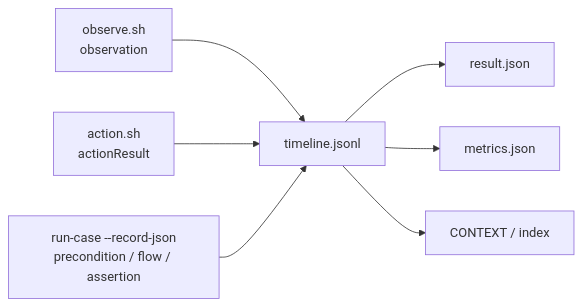
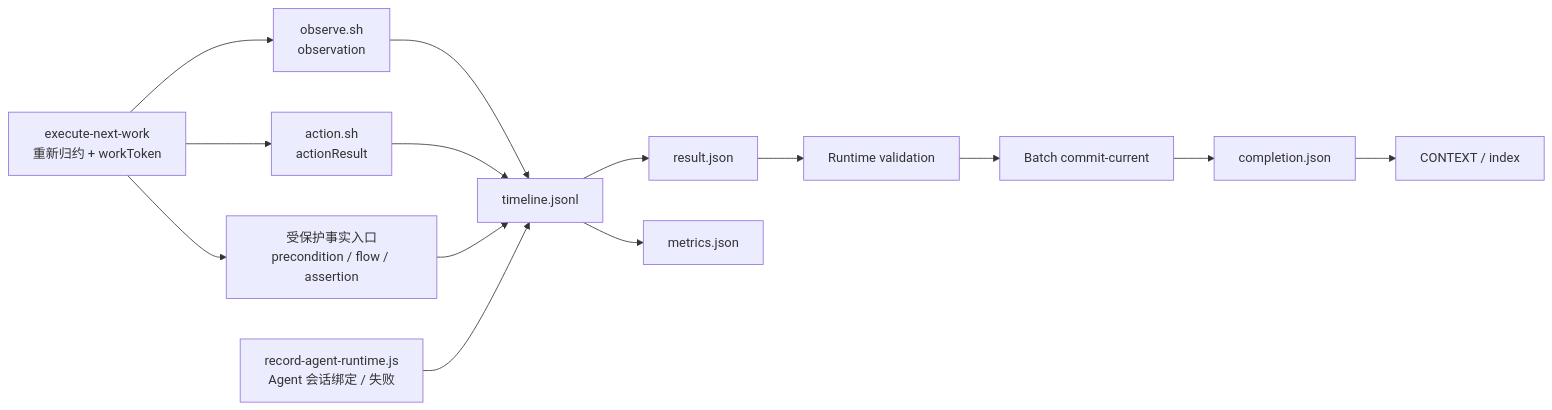
The fifth of 5 diagrams in skills/mobile-ai-visual-test/docs/architecture.md (lianghuihui-plus/DevKit), drawn with Mermaid before and after one commit. The commit also changed other lines of this file and 34 other files, not shown here.

Commit message:
完善移动视觉测试 Agent Runtime 可信执行闭环

````diff
--- a/skills/mobile-ai-visual-test/docs/architecture.md
+++ b/skills/mobile-ai-visual-test/docs/architecture.md
@@ -99,9 +102,16 @@
 ```mermaid
 flowchart LR
-  OBS["observe.sh<br/>observation"] --> TL["timeline.jsonl"]
-  ACT["action.sh<br/>actionResult"] --> TL
-  AG["run-case --record-json<br/>precondition / flow / assertion"] --> TL
+  CE["execute-next-work<br/>重新归约 + workToken"] --> OBS["observe.sh<br/>observation"]
+  CE --> ACT["action.sh<br/>actionResult"]
+  CE --> AG["受保护事实入口<br/>precondition / flow / assertion"]
+  OBS --> TL["timeline.jsonl"]
+  ACT --> TL
+  AG --> TL
+  RT["record-agent-runtime.js<br/>Agent 会话绑定 / 失败"] --> TL
   TL --> RES["result.json"]
   TL --> MET["metrics.json"]
-  TL --> REP["CONTEXT / index"]
+  RES --> VAL["Runtime validation"]
+  VAL --> BAT["Batch commit-current"]
+  BAT --> CMP["completion.json"]
+  CMP --> REP["CONTEXT / index"]
 ```
````
